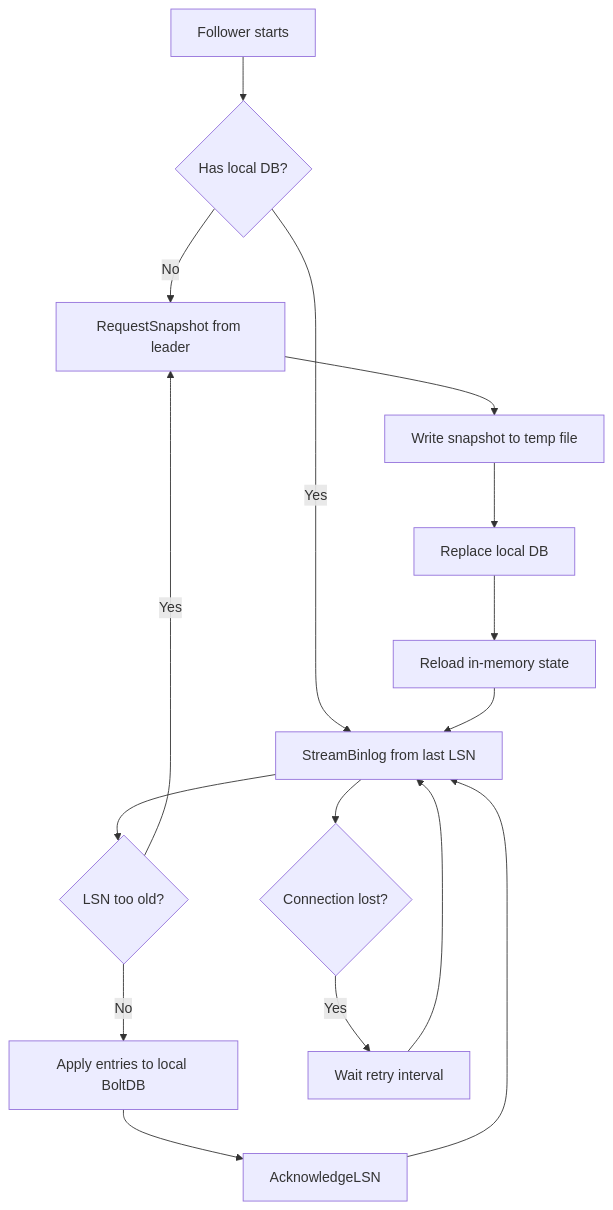
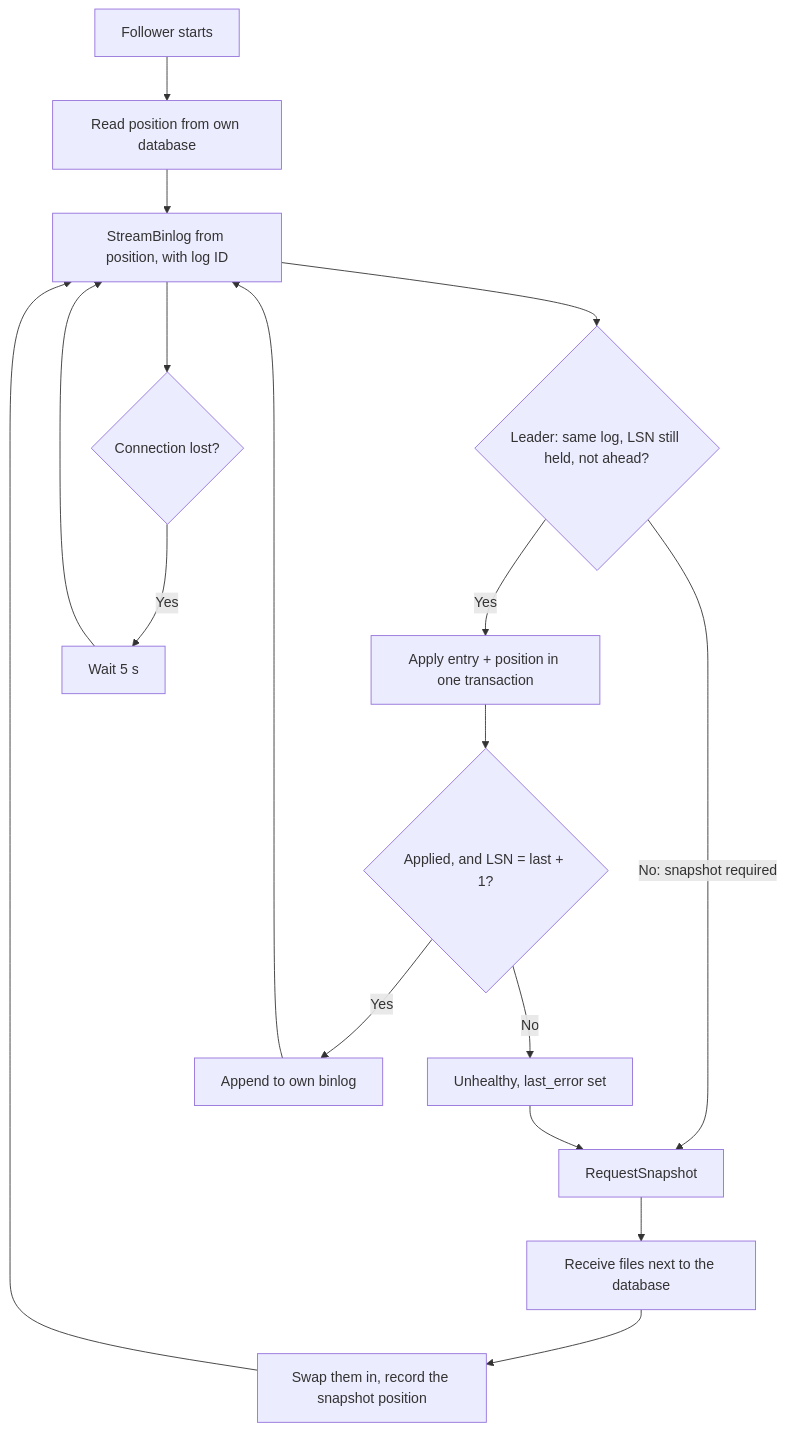
The third of 3 diagrams in docs/REPLICATION.md (tradik/mddb), drawn with Mermaid before and after one commit. The commit also changed other lines of this file and 53 other files, not shown here.

````diff
--- a/docs/REPLICATION.md
+++ b/docs/REPLICATION.md
@@ -281,18 +403,18 @@
 ```mermaid
 flowchart TD
-    A[Follower starts] --> B{Has local DB?}
-    B -->|No| C[RequestSnapshot from leader]
-    B -->|Yes| D[StreamBinlog from last LSN]
-    C --> E[Write snapshot to temp file]
-    E --> F[Replace local DB]
-    F --> G[Reload in-memory state]
-    G --> D
-    D --> H{LSN too old?}
-    H -->|Yes| C
-    H -->|No| I[Apply entries to local BoltDB]
-    I --> J[AcknowledgeLSN]
+    A[Follower starts] --> B[Read position from own database]
+    B --> D[StreamBinlog from position, with log ID]
+    D --> H{Leader: same log, LSN still held, not ahead?}
+    H -->|No: snapshot required| C[RequestSnapshot]
+    C --> E[Receive files next to the database]
+    E --> F[Swap them in, record the snapshot position]
+    F --> D
+    H -->|Yes| I[Apply entry + position in one transaction]
+    I --> X{Applied, and LSN = last + 1?}
+    X -->|No| U[Unhealthy, last_error set] --> C
+    X -->|Yes| J[Append to own binlog]
     J --> D
     D --> K{Connection lost?}
-    K -->|Yes| L[Wait retry interval]
+    K -->|Yes| L[Wait 5 s]
     L --> D
 ```
````
